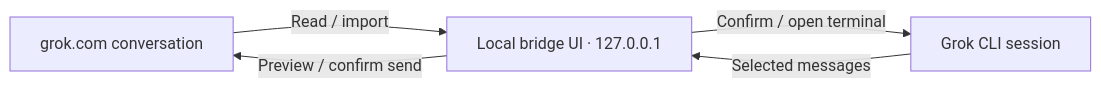
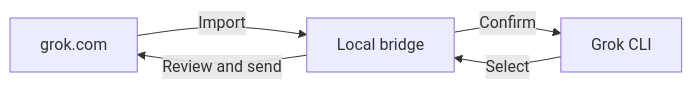
Before and after one commit to p1v0t/grok-cli-web-bridge: the diagram in README.md, drawn with Mermaid.

Commit message:
docs: improve workflow diagram readability

````diff
--- a/README.md
+++ b/README.md
@@ -26,7 +26,8 @@
 ```mermaid
 flowchart LR
-    W["grok.com conversation"] -->|"Read / import"| B["Local bridge UI · 127.0.0.1"]
-    B -->|"Confirm / open terminal"| C["Grok CLI session"]
-    C -->|"Selected messages"| B
-    B -->|"Preview / confirm send"| W
+    W["grok.com"] -->|"Import"| B["Local bridge"]
+    
+    B -->|"Confirm"| C["Grok CLI"]
+    C -->|"Select"| B
+    B -->|"Review and send"| W
 ```
````
